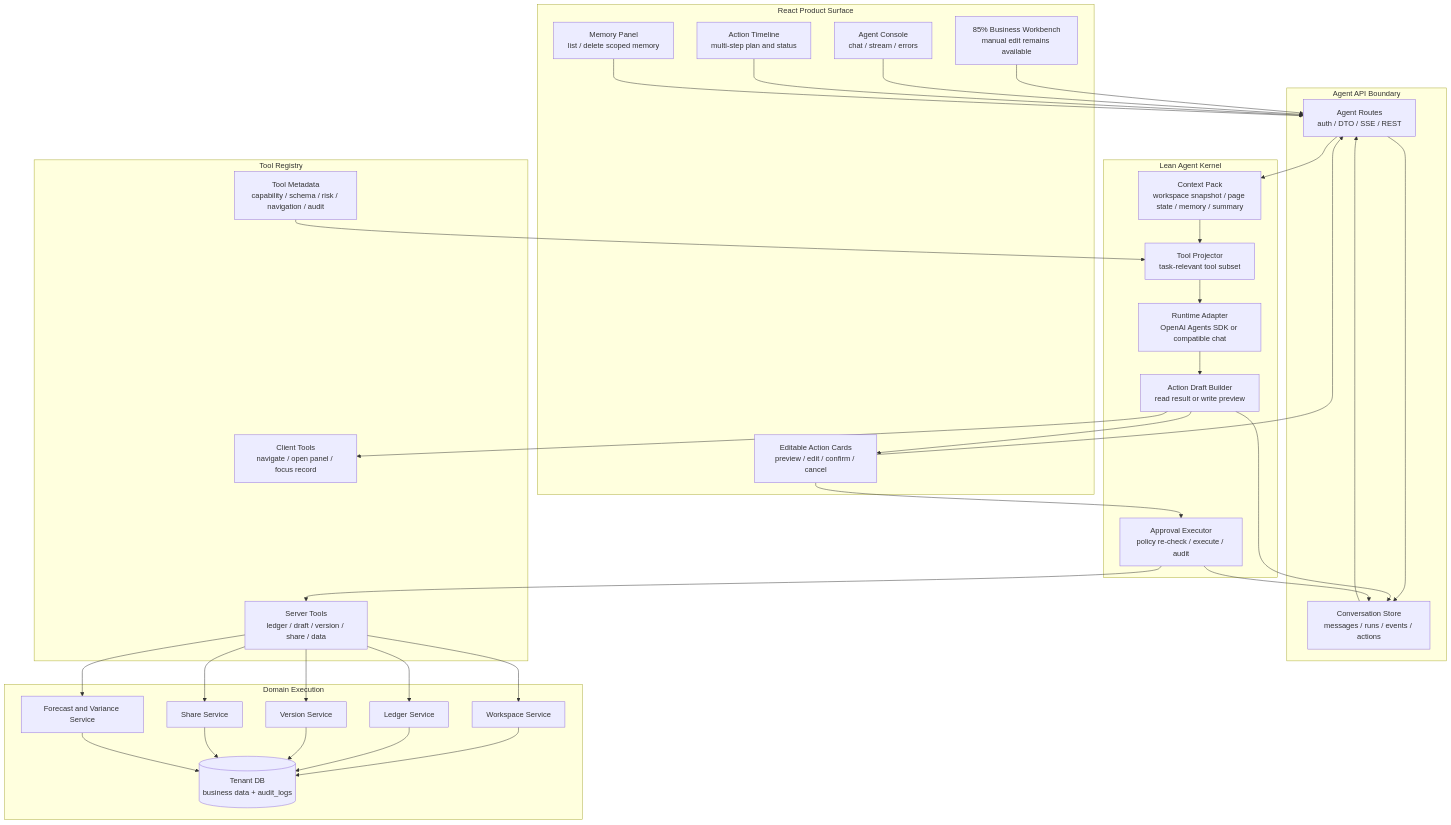
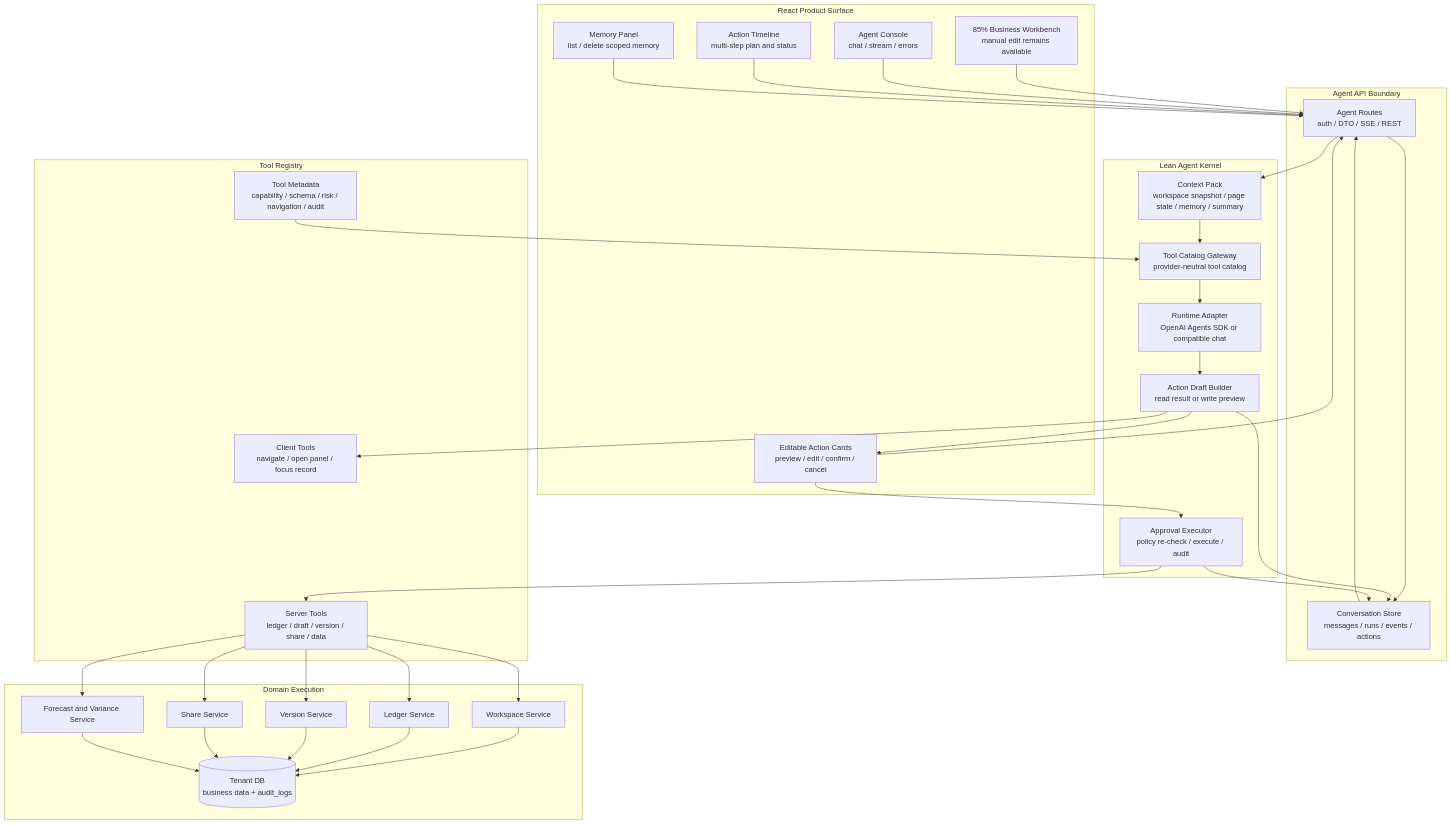
Before and after one commit to Suysker/xox-model: the first of 2 diagrams in docs/adr/0003-xox-model-agent-os-target-architecture.md, drawn with Mermaid. The commit also changed other lines of this file and 8 other files, not shown here.

Commit message:
refactor: remove regex tool projector

````diff
--- a/docs/adr/0003-xox-model-agent-os-target-architecture.md
+++ b/docs/adr/0003-xox-model-agent-os-target-architecture.md
@@ -69,71 +69,71 @@
 ```mermaid
 flowchart TB
   subgraph Web[React Product Surface]
     Workbench[85% Business Workbench<br/>manual edit remains available]
     Console[Agent Console<br/>chat / stream / errors]
     Timeline[Action Timeline<br/>multi-step plan and status]
     Cards[Editable Action Cards<br/>preview / edit / confirm / cancel]
     MemoryPanel[Memory Panel<br/>list / delete scoped memory]
   end
 
   subgraph API[Agent API Boundary]
     Routes[Agent Routes<br/>auth / DTO / SSE / REST]
     Store[Conversation Store<br/>messages / runs / events / actions]
   end
 
   subgraph Kernel[Lean Agent Kernel]
     Context[Context Pack<br/>workspace snapshot / page state / memory / summary]
-    Projector[Tool Projector<br/>task-relevant tool subset]
+    Projector[Tool Catalog Gateway<br/>provider-neutral tool catalog]
     Runtime[Runtime Adapter<br/>OpenAI Agents SDK or compatible chat]
     Drafts[Action Draft Builder<br/>read result or write preview]
     Approval[Approval Executor<br/>policy re-check / execute / audit]
   end
 
   subgraph Registry[Tool Registry]
     ToolMeta[Tool Metadata<br/>capability / schema / risk / navigation / audit]
     ClientTools[Client Tools<br/>navigate / open panel / focus record]
     ServerTools[Server Tools<br/>ledger / draft / version / share / data]
   end
 
   subgraph Domain[Domain Execution]
     Workspace[Workspace Service]
     Ledger[Ledger Service]
     Version[Version Service]
     Share[Share Service]
     Forecast[Forecast and Variance Service]
     DB[(Tenant DB<br/>business data + audit_logs)]
   end
 
   Workbench --> Routes
   Console --> Routes
   Timeline --> Routes
   Cards --> Routes
   MemoryPanel --> Routes
 
   Routes --> Store
   Routes --> Context
   Context --> Projector
   ToolMeta --> Projector
   Projector --> Runtime
   Runtime --> Drafts
 
   Drafts --> Store
   Drafts --> Cards
   Drafts --> ClientTools
   Cards --> Approval
   Approval --> ServerTools
 
   ServerTools --> Workspace
   ServerTools --> Ledger
   ServerTools --> Version
   ServerTools --> Share
   ServerTools --> Forecast
 
   Workspace --> DB
   Ledger --> DB
   Version --> DB
   Share --> DB
   Forecast --> DB
   Approval --> Store
   Store --> Routes
 ```
````
